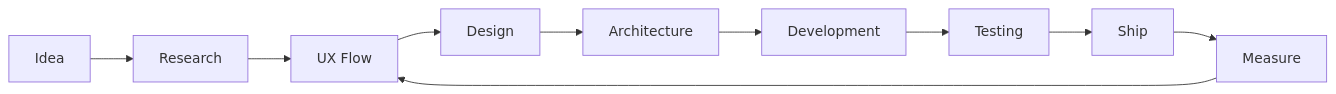
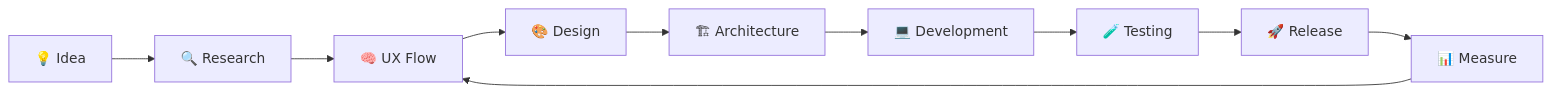
One commit to ialekhc/ialekhc changed the diagram in README.md. Above: the diagram before and after it, drawn with Mermaid. The commit also changed other lines of this file, not shown here.

````diff
--- a/README.md
+++ b/README.md
@@ -278,12 +406,21 @@
-```mermaid
+```mermaid id="4ty11q"
 flowchart LR
-    A[Idea] --> B[Research]
-    B --> C[UX Flow]
-    C --> D[Design]
-    D --> E[Architecture]
-    E --> F[Development]
-    F --> G[Testing]
-    G --> H[Ship]
-    H --> I[Measure]
-    I --> C
+
+A["💡 Idea"] --> B["🔍 Research"]
+
+B --> C["🧠 UX Flow"]
+
+C --> D["🎨 Design"]
+
+D --> E["🏗 Architecture"]
+
+E --> F["💻 Development"]
+
+F --> G["🧪 Testing"]
+
+G --> H["🚀 Release"]
+
+H --> I["📊 Measure"]
+
+I --> C
 ```
````
